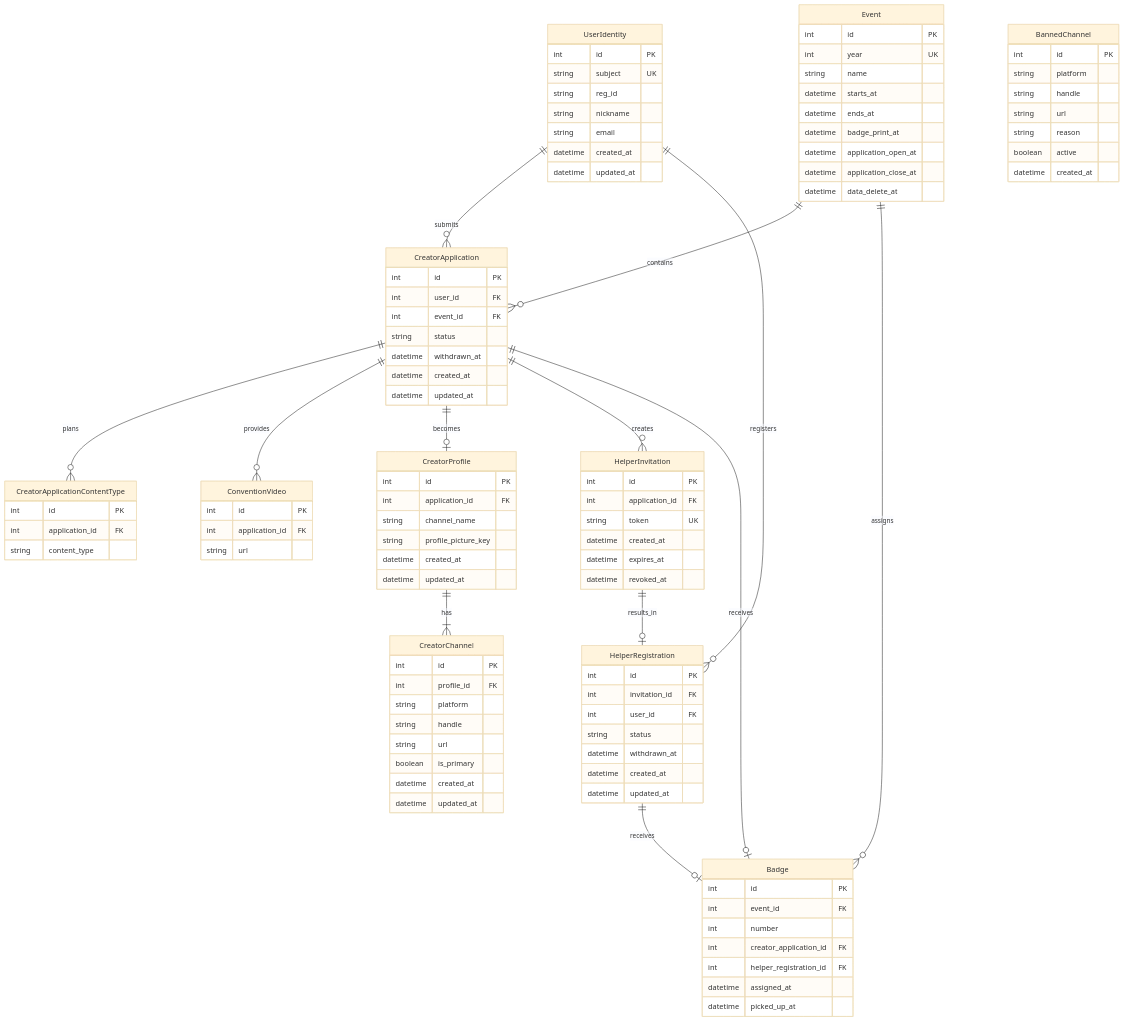
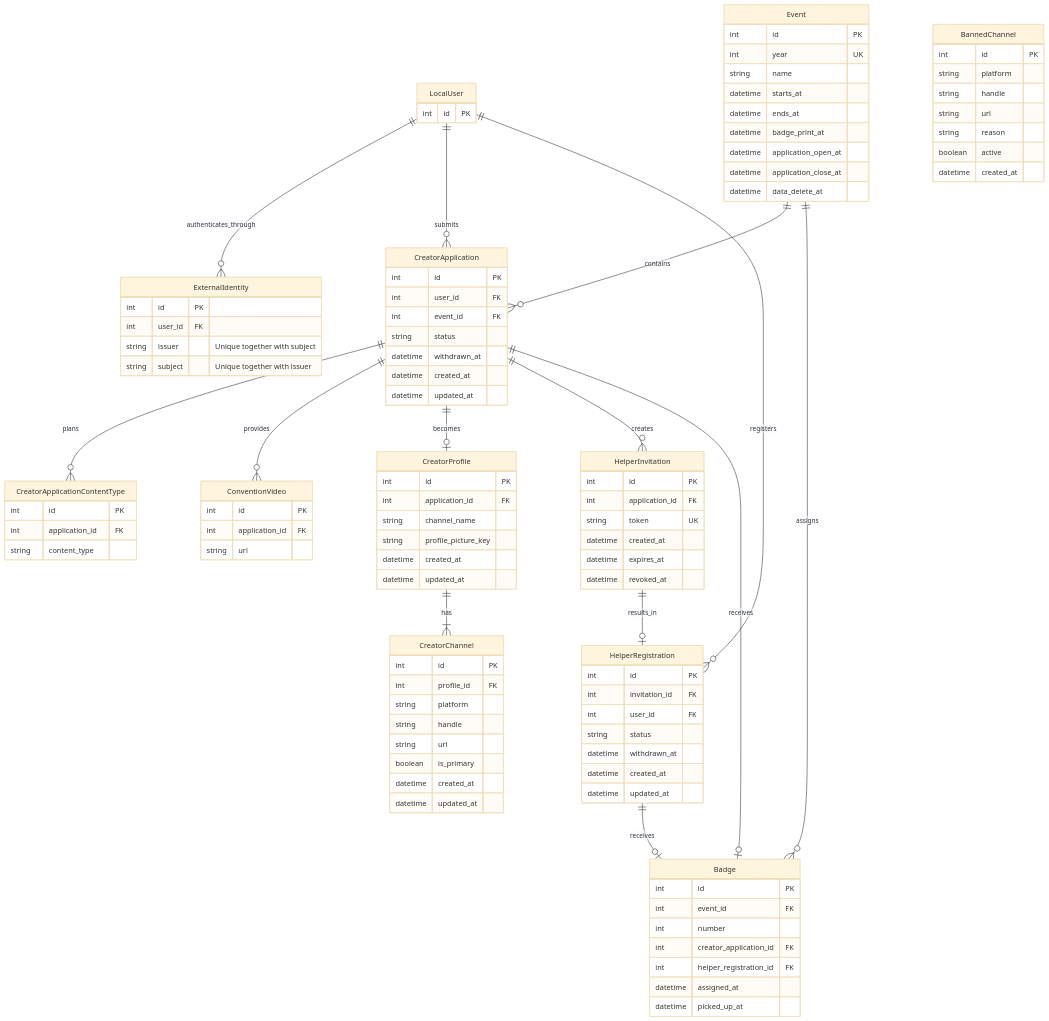
Before and after one commit to eurofurence/creators.eurofurence.org: the diagram in docs/data-model.md, drawn with Mermaid (base theme). The commit also changed 13 other files, not shown here.

````diff
--- a/docs/data-model.md
+++ b/docs/data-model.md
@@ -3,19 +3,20 @@
 ```mermaid
 erDiagram
 
-%% Local representation of a person from the Eurofurence Identity Provider.
-%% Event-related identity data is deleted as part of the event cleanup.
-%% Probably needs to be changed later on: (Reg-ID, nickname, email)
-UserIdentity {
+%% Authentication uses a verified issuer/subject pair mapped to a local user.
+%% Name/email are mutable profile attributes; Reg-ID belongs to Registration.
+LocalUser {
     int id PK
-    string subject UK
-    string reg_id
-    string nickname
-    string email
-    datetime created_at
-    datetime updated_at
 }
 
+ExternalIdentity {
+    int id PK
+    int user_id FK
+    string issuer "Unique together with subject"
+    string subject "Unique together with issuer"
+}
+
+LocalUser ||--o{ ExternalIdentity : authenticates_through
 
 %% Represents a single Eurofurence event.
 %% Event-related personal data must be deleted no later than data_delete_at.
@@ -138,7 +139,7 @@
 }
 
 
-UserIdentity ||--o{ CreatorApplication : submits
+LocalUser ||--o{ CreatorApplication : submits
 
 Event ||--o{ CreatorApplication : contains
 
@@ -154,7 +155,7 @@
 
 HelperInvitation ||--o| HelperRegistration : results_in
 
-UserIdentity ||--o{ HelperRegistration : registers
+LocalUser ||--o{ HelperRegistration : registers
 
 Event ||--o{ Badge : assigns
 
````
